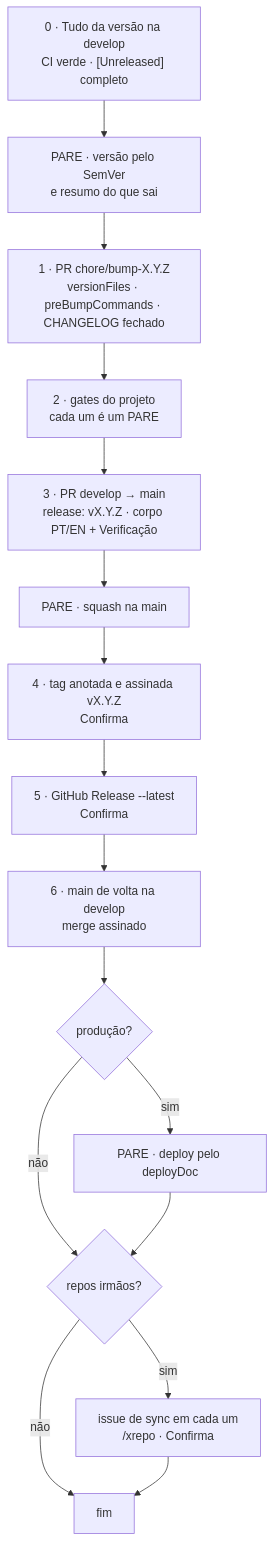
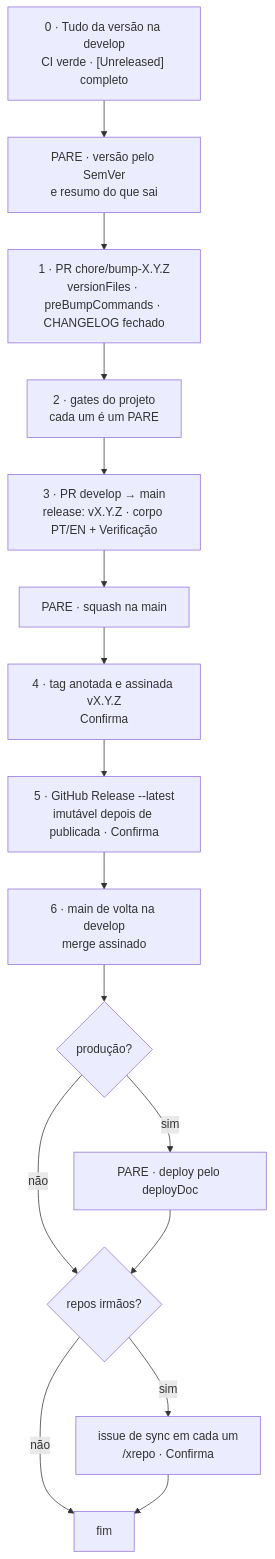
One commit to diego-castilho/dev-standards changed the seventh of 13 diagrams in docs/REGRAS.md. Above: the diagram before and after it, drawn with Mermaid. The commit also changed other lines of this file and 30 other files, not shown here.

````diff
--- a/docs/REGRAS.md
+++ b/docs/REGRAS.md
@@ -234,18 +260,18 @@
 ```mermaid
 flowchart TD
   A["0 · Tudo da versão na develop<br/>CI verde · [Unreleased] completo"] --> B["PARE · versão pelo SemVer<br/>e resumo do que sai"]
   B --> C["1 · PR chore/bump-X.Y.Z<br/>versionFiles · preBumpCommands · CHANGELOG fechado"]
   C --> D["2 · gates do projeto<br/>cada um é um PARE"]
   D --> E["3 · PR develop → main<br/>release: vX.Y.Z · corpo PT/EN + Verificação"]
   E --> F["PARE · squash na main"]
   F --> G["4 · tag anotada e assinada vX.Y.Z<br/>Confirma"]
-  G --> H["5 · GitHub Release --latest<br/>Confirma"]
+  G --> H["5 · GitHub Release --latest<br/>imutável depois de publicada · Confirma"]
   H --> I["6 · main de volta na develop<br/>merge assinado"]
   I --> J{"produção?"}
   J -- sim --> K["PARE · deploy pelo deployDoc"]
   J -- não --> L
   K --> L{"repos irmãos?"}
   L -- sim --> N["issue de sync em cada um<br/>/xrepo · Confirma"]
   L -- não --> O["fim"]
   N --> O
 ```
````
